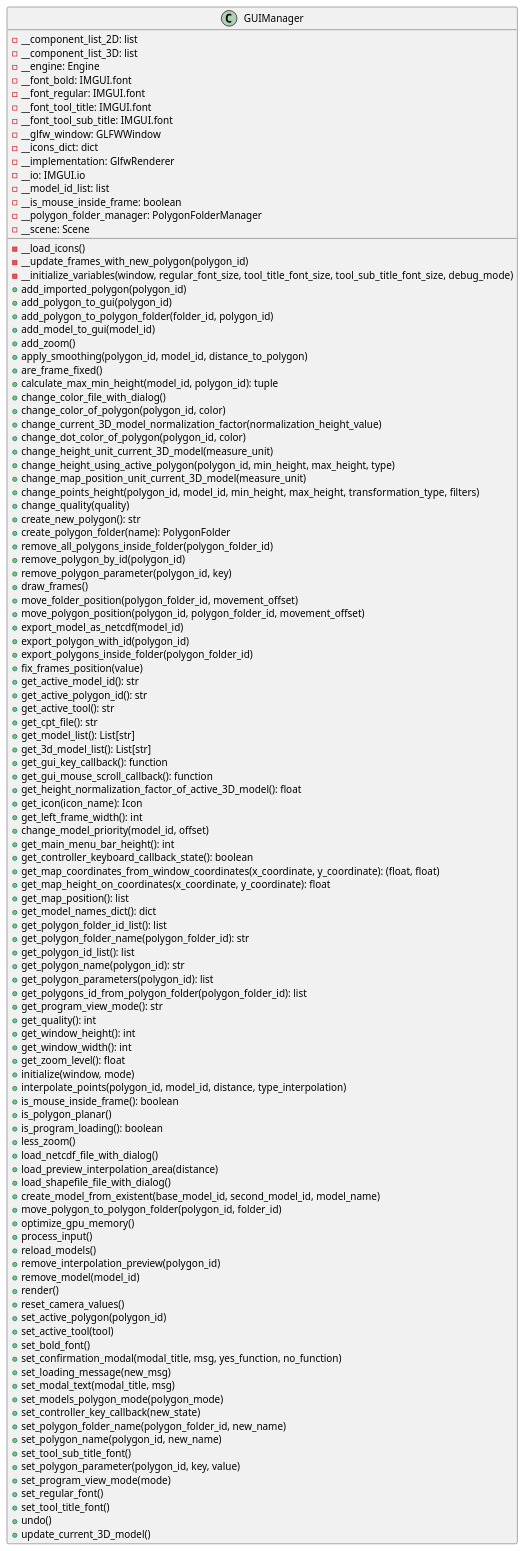
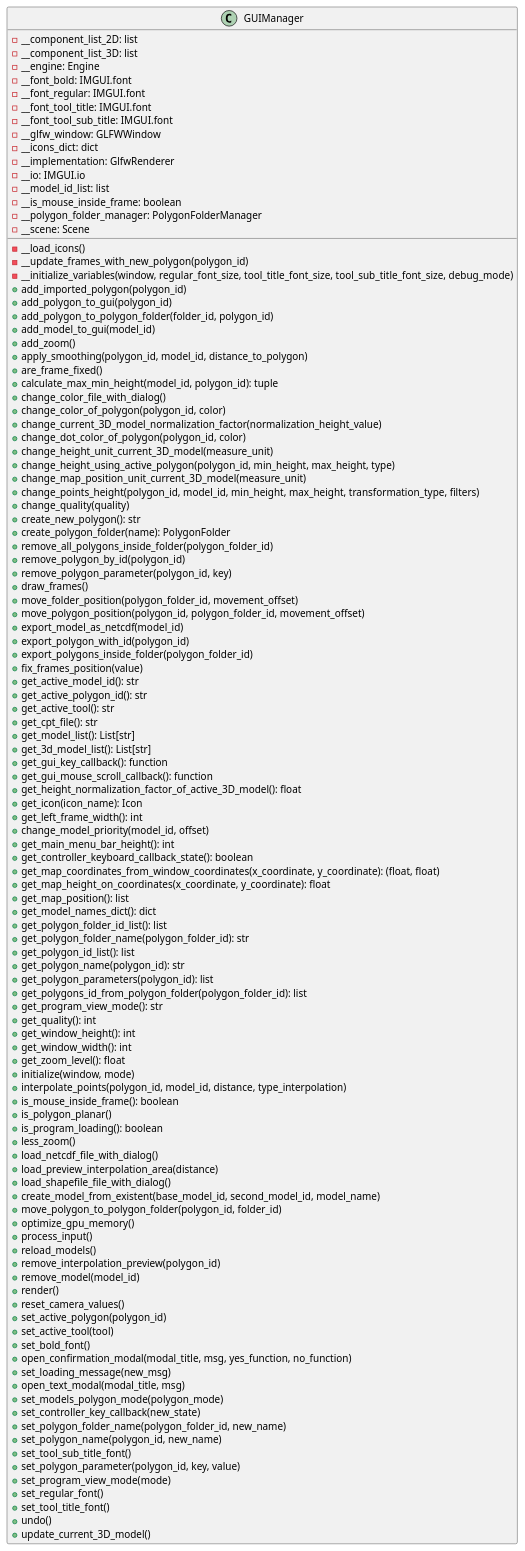
The diagram in docs/classes/GUIManager.puml (ferpoble2/Relief_Creator), drawn with PlantUML before and after one commit. The commit also changed 3 other files, not shown here.

```diff
--- a/docs/classes/GUIManager.puml
+++ b/docs/classes/GUIManager.puml
@@ -1,117 +1,117 @@
 @startuml
 'https://plantuml.com/class-diagram
 class GUIManager{
     - __component_list_2D: list
     - __component_list_3D: list
     - __engine: Engine
     - __font_bold: IMGUI.font
     - __font_regular: IMGUI.font
     - __font_tool_title: IMGUI.font
     - __font_tool_sub_title: IMGUI.font
     - __glfw_window: GLFWWindow
     - __icons_dict: dict
     - __implementation: GlfwRenderer
     - __io: IMGUI.io
     - __model_id_list: list
     - __is_mouse_inside_frame: boolean
     - __polygon_folder_manager: PolygonFolderManager
     - __scene: Scene
 
     - __load_icons()
     - __update_frames_with_new_polygon(polygon_id)
     - __initialize_variables(window, regular_font_size, tool_title_font_size, tool_sub_title_font_size, debug_mode)
     + add_imported_polygon(polygon_id)
     + add_polygon_to_gui(polygon_id)
     + add_polygon_to_polygon_folder(folder_id, polygon_id)
     + add_model_to_gui(model_id)
     + add_zoom()
     + apply_smoothing(polygon_id, model_id, distance_to_polygon)
     + are_frame_fixed()
     + calculate_max_min_height(model_id, polygon_id): tuple
     + change_color_file_with_dialog()
     + change_color_of_polygon(polygon_id, color)
     + change_current_3D_model_normalization_factor(normalization_height_value)
     + change_dot_color_of_polygon(polygon_id, color)
     + change_height_unit_current_3D_model(measure_unit)
     + change_height_using_active_polygon(polygon_id, min_height, max_height, type)
     + change_map_position_unit_current_3D_model(measure_unit)
     + change_points_height(polygon_id, model_id, min_height, max_height, transformation_type, filters)
     + change_quality(quality)
     + create_new_polygon(): str
     + create_polygon_folder(name): PolygonFolder
     + remove_all_polygons_inside_folder(polygon_folder_id)
     + remove_polygon_by_id(polygon_id)
     + remove_polygon_parameter(polygon_id, key)
     + draw_frames()
     + move_folder_position(polygon_folder_id, movement_offset)
     + move_polygon_position(polygon_id, polygon_folder_id, movement_offset)
     + export_model_as_netcdf(model_id)
     + export_polygon_with_id(polygon_id)
     + export_polygons_inside_folder(polygon_folder_id)
     + fix_frames_position(value)
     + get_active_model_id(): str
     + get_active_polygon_id(): str
     + get_active_tool(): str
     + get_cpt_file(): str
     + get_model_list(): List[str]
     + get_3d_model_list(): List[str]
     + get_gui_key_callback(): function
     + get_gui_mouse_scroll_callback(): function
     + get_height_normalization_factor_of_active_3D_model(): float
     + get_icon(icon_name): Icon
     + get_left_frame_width(): int
     + change_model_priority(model_id, offset)
     + get_main_menu_bar_height(): int
     + get_controller_keyboard_callback_state(): boolean
     + get_map_coordinates_from_window_coordinates(x_coordinate, y_coordinate): (float, float)
     + get_map_height_on_coordinates(x_coordinate, y_coordinate): float
     + get_map_position(): list
     + get_model_names_dict(): dict
     + get_polygon_folder_id_list(): list
     + get_polygon_folder_name(polygon_folder_id): str
     + get_polygon_id_list(): list
     + get_polygon_name(polygon_id): str
     + get_polygon_parameters(polygon_id): list
     + get_polygons_id_from_polygon_folder(polygon_folder_id): list
     + get_program_view_mode(): str
     + get_quality(): int
     + get_window_height(): int
     + get_window_width(): int
     + get_zoom_level(): float
     + initialize(window, mode)
     + interpolate_points(polygon_id, model_id, distance, type_interpolation)
     + is_mouse_inside_frame(): boolean
     + is_polygon_planar()
     + is_program_loading(): boolean
     + less_zoom()
     + load_netcdf_file_with_dialog()
     + load_preview_interpolation_area(distance)
     + load_shapefile_file_with_dialog()
     + create_model_from_existent(base_model_id, second_model_id, model_name)
     + move_polygon_to_polygon_folder(polygon_id, folder_id)
     + optimize_gpu_memory()
     + process_input()
     + reload_models()
     + remove_interpolation_preview(polygon_id)
     + remove_model(model_id)
     + render()
     + reset_camera_values()
     + set_active_polygon(polygon_id)
     + set_active_tool(tool)
     + set_bold_font()
-    + set_confirmation_modal(modal_title, msg, yes_function, no_function)
+    + open_confirmation_modal(modal_title, msg, yes_function, no_function)
     + set_loading_message(new_msg)
-    + set_modal_text(modal_title, msg)
+    + open_text_modal(modal_title, msg)
     + set_models_polygon_mode(polygon_mode)
     + set_controller_key_callback(new_state)
     + set_polygon_folder_name(polygon_folder_id, new_name)
     + set_polygon_name(polygon_id, new_name)
     + set_tool_sub_title_font()
     + set_polygon_parameter(polygon_id, key, value)
     + set_program_view_mode(mode)
     + set_regular_font()
     + set_tool_title_font()
     + undo()
     + update_current_3D_model()
 }
 @enduml
```
